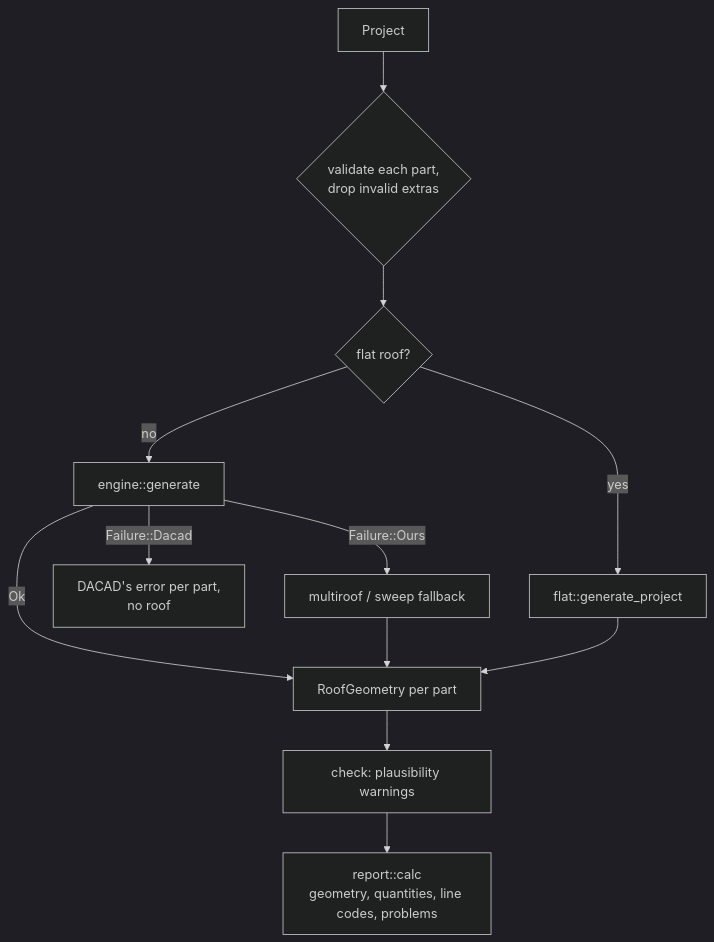
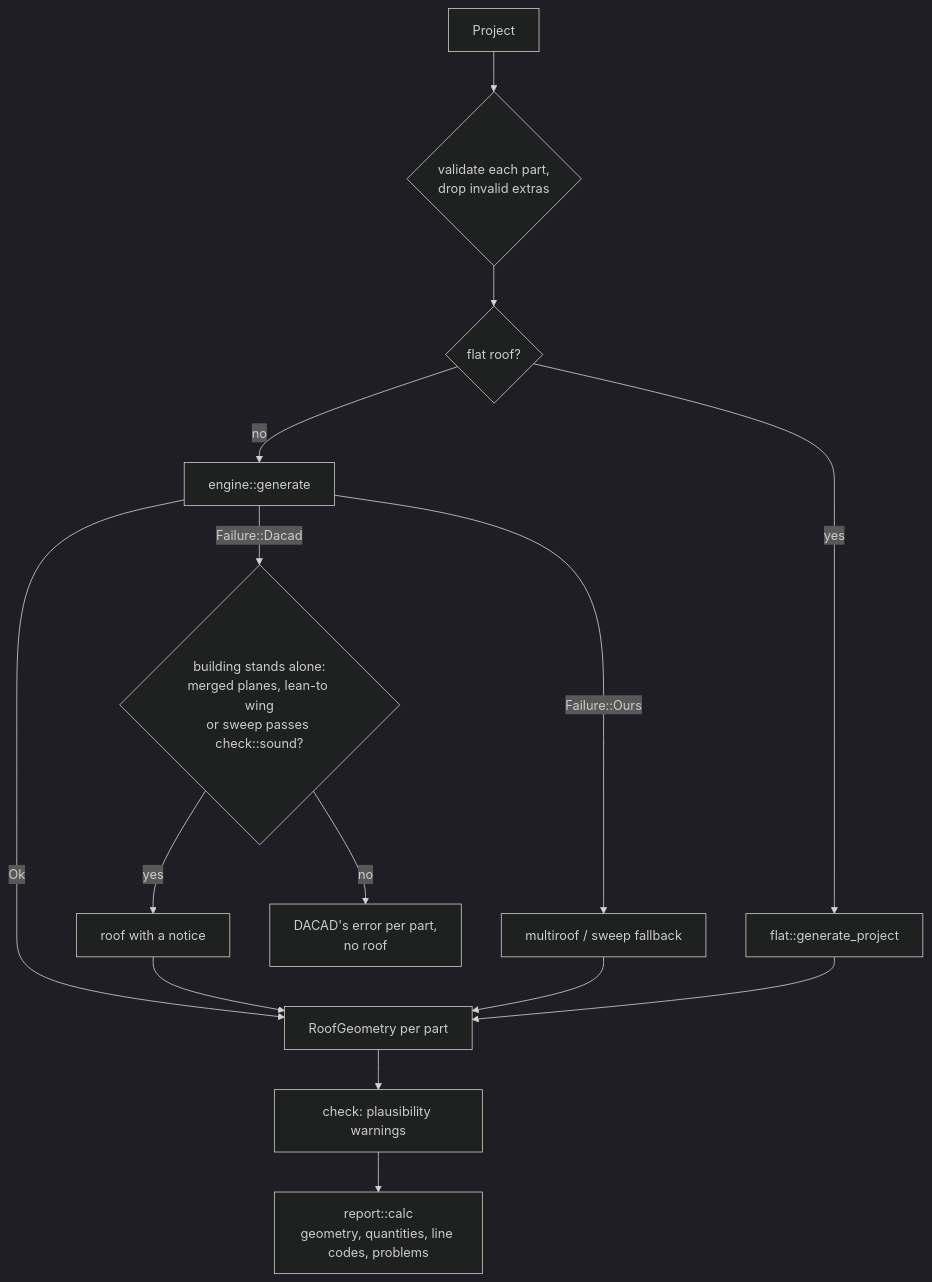
The second of 3 diagrams in docs/architecture.md (jakubkodajek/Tectora), drawn with Mermaid (dark theme) before and after one commit. The commit also changed other lines of this file and 7 other files, not shown here.

````diff
--- a/docs/architecture.md
+++ b/docs/architecture.md
@@ -74,14 +75,17 @@
 ```mermaid
 flowchart TD
     P[Project] --> V{validate each part,<br/>drop invalid extras}
     V --> F{flat roof?}
     F -- yes --> FL[flat::generate_project]
     F -- no --> E[engine::generate]
     E -- Ok --> G[RoofGeometry per part]
-    E -- Failure::Dacad --> ERR[DACAD's error per part,<br/>no roof]
+    E -- Failure::Dacad --> D{building stands alone:<br/>merged planes, lean-to wing<br/>or sweep passes check::sound?}
+    D -- yes --> N[roof with a notice]
+    D -- no --> ERR[DACAD's error per part,<br/>no roof]
+    N --> G
     E -- Failure::Ours --> MR[multiroof / sweep fallback]
     MR --> G
     FL --> G
     G --> C[check: plausibility warnings]
     C --> R[report::calc<br/>geometry, quantities, line codes, problems]
 ```
````
